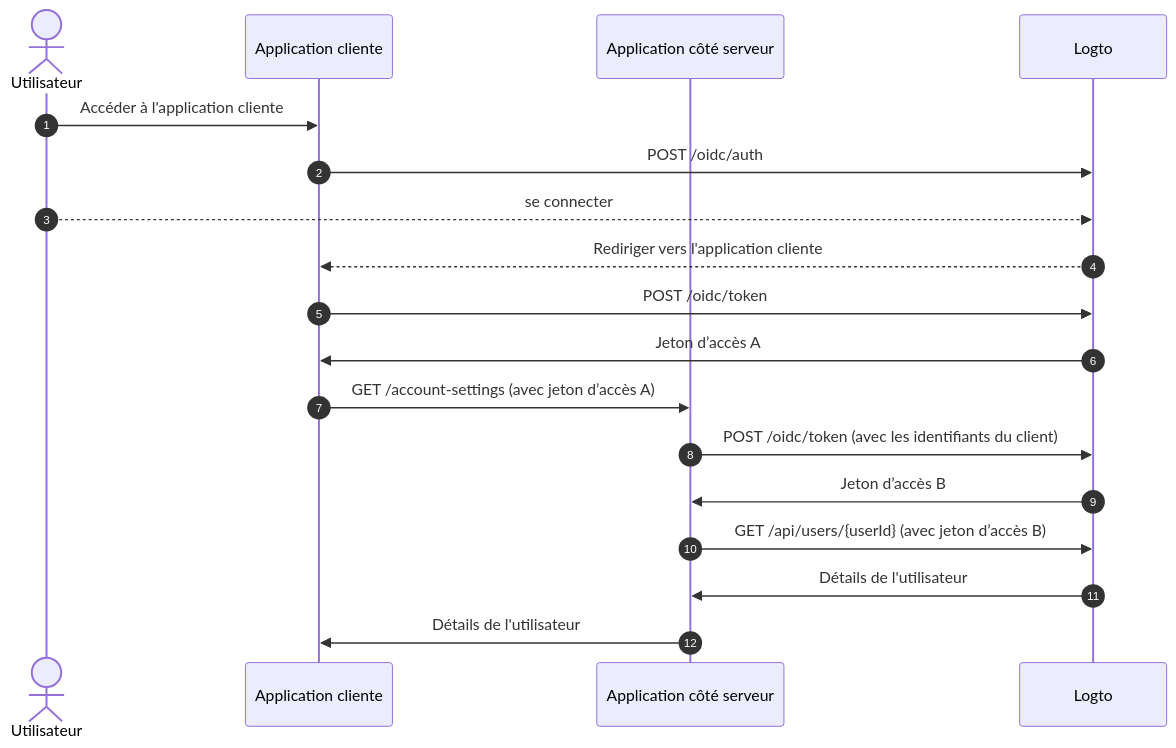
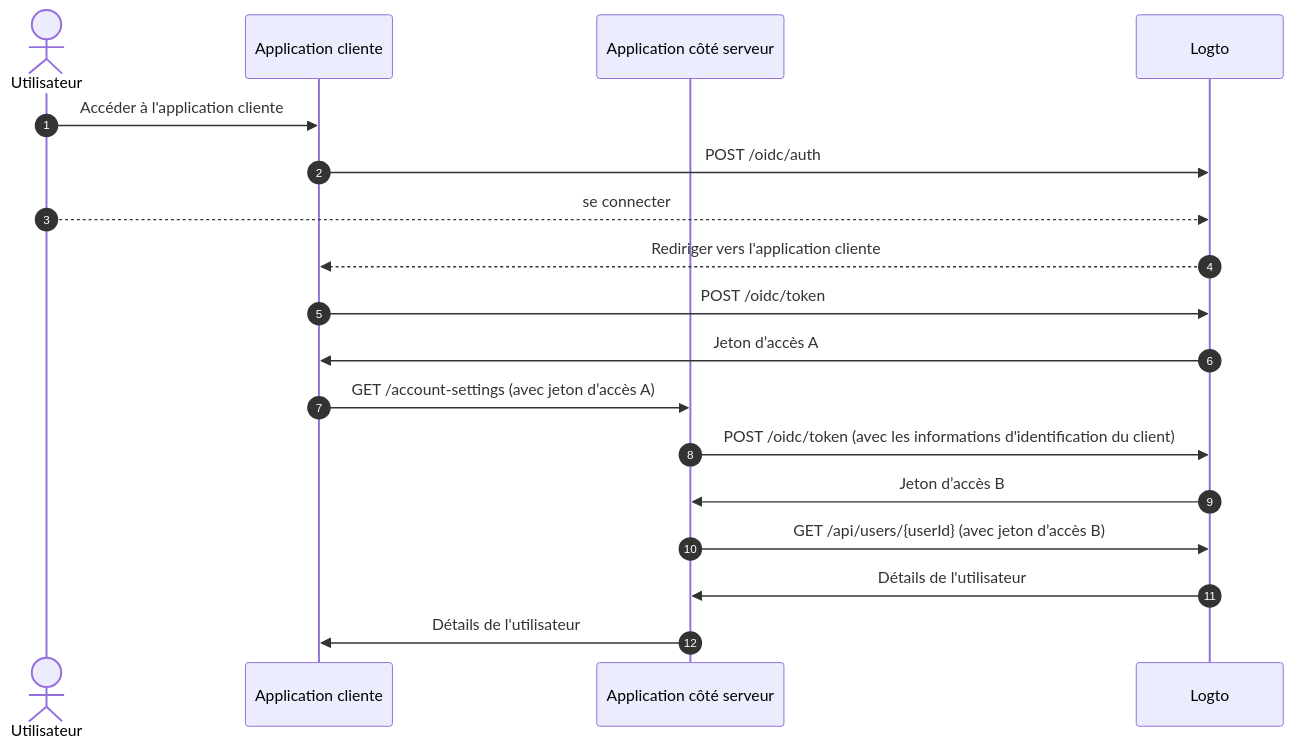
Before and after one commit to logto-io/docs: the second of 3 diagrams in i18n/fr/docusaurus-plugin-content-docs/current/end-user-flows/account-settings/by-management-api.mdx, drawn with Mermaid. The commit also changed other lines of this file and 174 other files, not shown here.

````diff
--- a/i18n/fr/docusaurus-plugin-content-docs/current/end-user-flows/account-settings/by-management-api.mdx
+++ b/i18n/fr/docusaurus-plugin-content-docs/current/end-user-flows/account-settings/by-management-api.mdx
@@ -27,21 +27,21 @@
 ```mermaid
   sequenceDiagram
     autonumber
     actor User as Utilisateur
     participant Client as Application cliente
     participant Server as Application côté serveur
     participant Logto as Logto
 
     User ->> Client: Accéder à l'application cliente
     Client ->> Logto: POST /oidc/auth
     User -->> Logto: se connecter
     Logto -->> Client: Rediriger vers l'application cliente
     Client ->> Logto: POST /oidc/token
     Logto ->> Client: Jeton d’accès A
     Client ->> Server: GET /account-settings (avec jeton d’accès A)
-    Server ->> Logto: POST /oidc/token (avec les identifiants du client)
+    Server ->> Logto: POST /oidc/token (avec les informations d'identification du client)
     Logto ->> Server: Jeton d’accès B
     Server ->> Logto: GET /api/users/{userId} (avec jeton d’accès B)
     Logto ->> Server: Détails de l'utilisateur
     Server ->> Client: Détails de l'utilisateur
 ```
````
